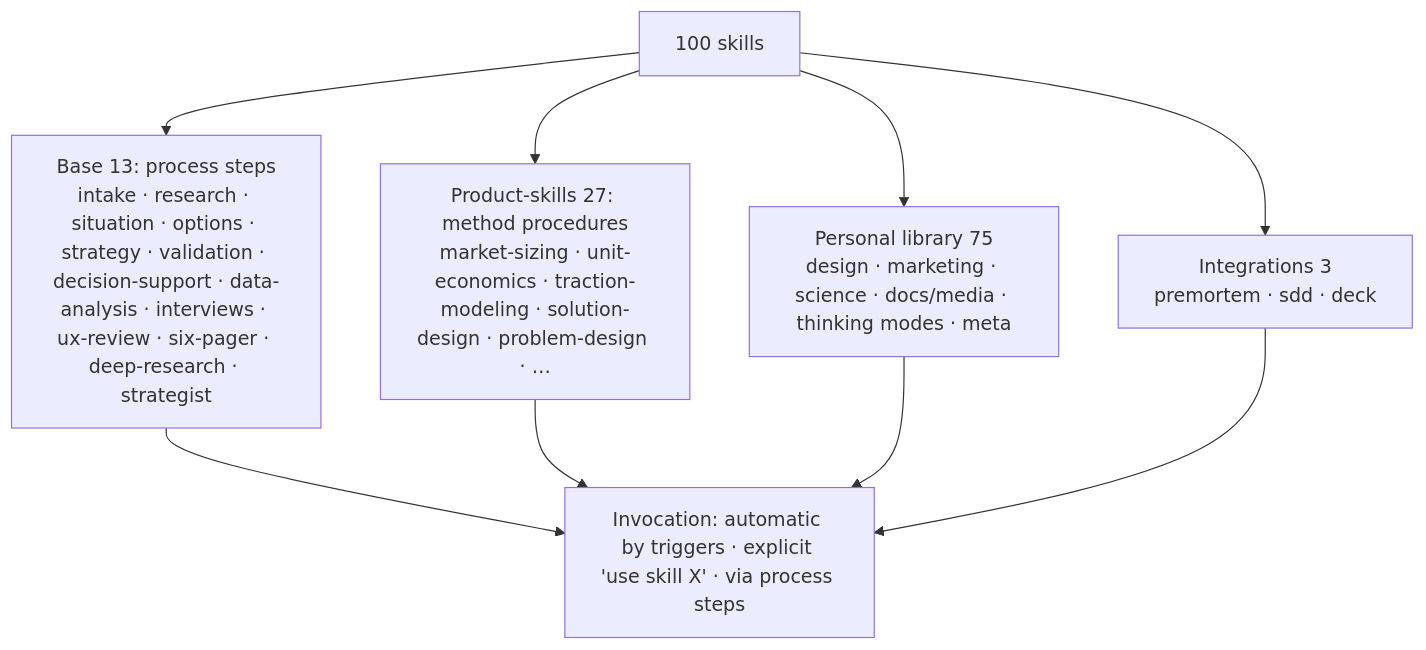
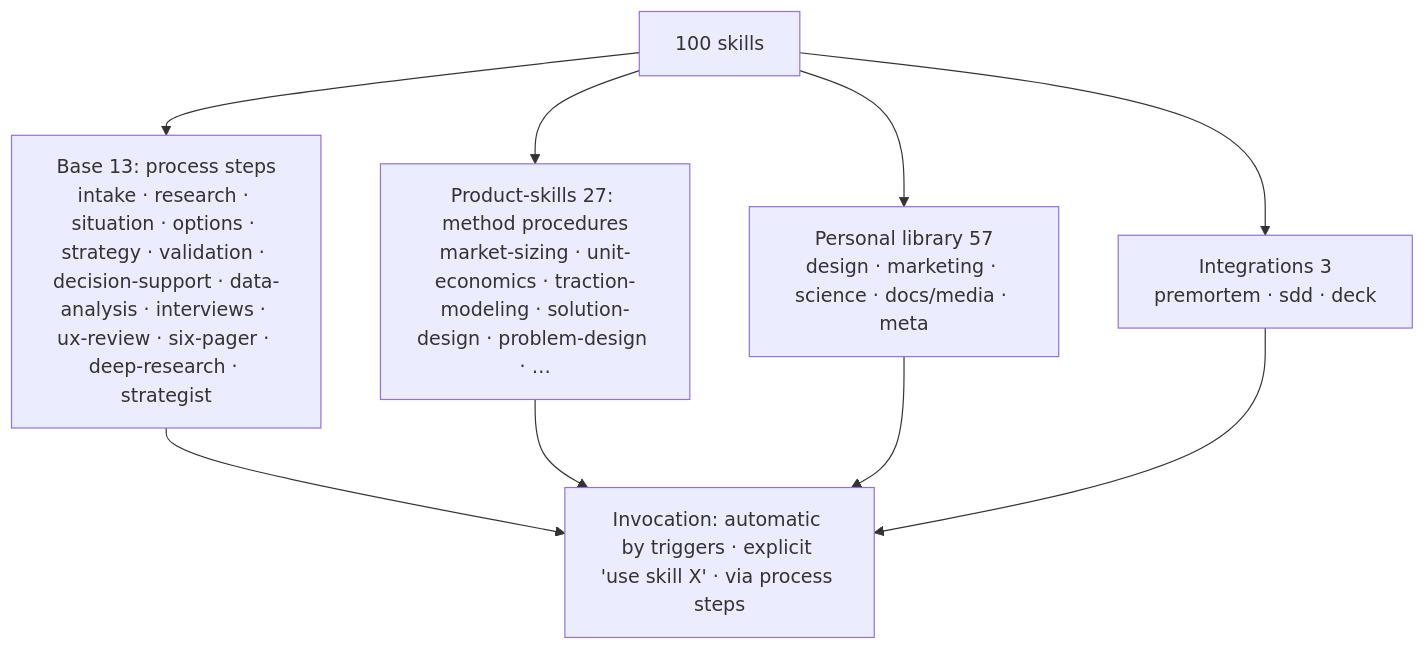
The third of 4 diagrams in README_EN.md (Fighter90/product-factory-strategist), drawn with Mermaid before and after one commit. The commit also changed 9 other files, not shown here.

````diff
--- a/README_EN.md
+++ b/README_EN.md
@@ -155,8 +155,8 @@
 ```mermaid
 flowchart TB
   SK["100 skills"] --> B["Base 13: process steps<br/>intake · research · situation · options · strategy · validation · decision-support · data-analysis · interviews · ux-review · six-pager · deep-research · strategist"]
   SK --> P["Product-skills 27: method procedures<br/>market-sizing · unit-economics · traction-modeling · solution-design · problem-design · …"]
-  SK --> L["Personal library 75<br/>design · marketing · science · docs/media · thinking modes · meta"]
+  SK --> L["Personal library 57<br/>design · marketing · science · docs/media · meta"]
   SK --> INT["Integrations 3<br/>premortem · sdd · deck"]
   B & P & L & INT --> INV["Invocation: automatic by triggers · explicit 'use skill X' · via process steps"]
 ```
````
